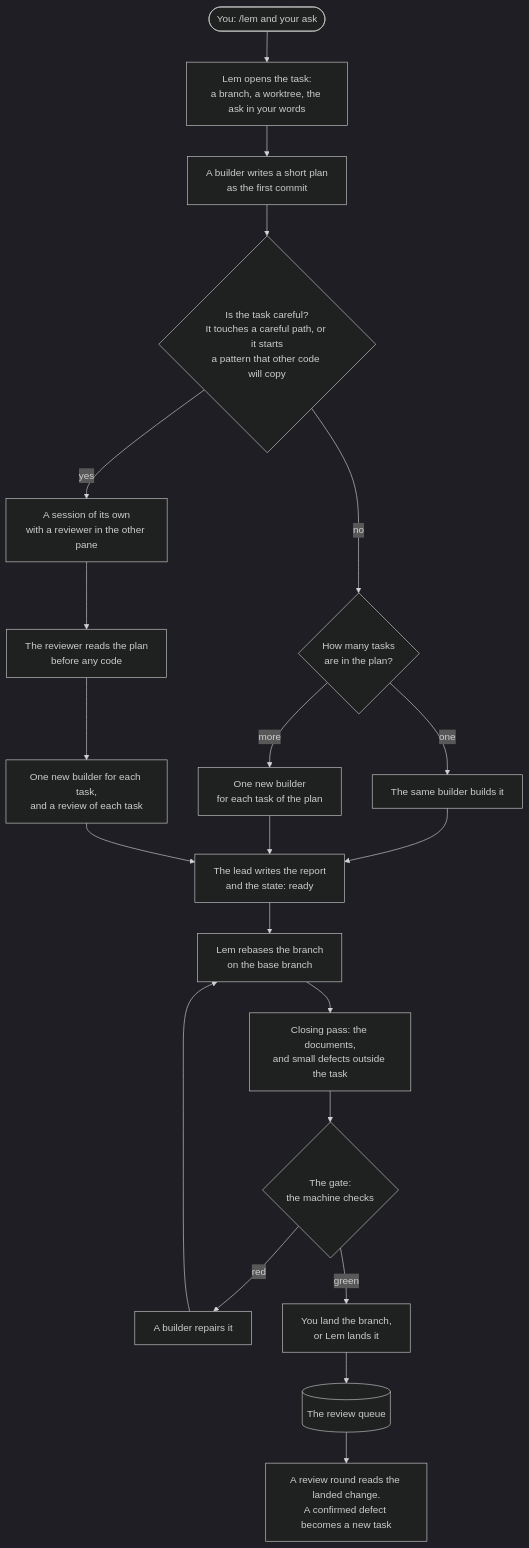
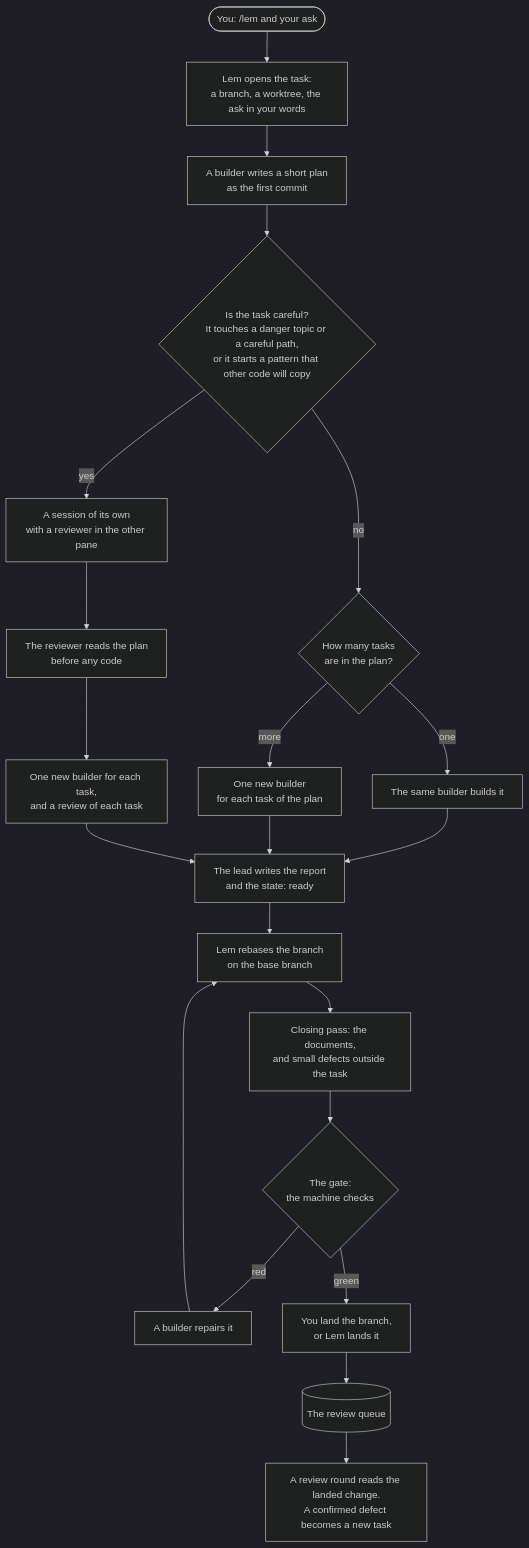
Before and after one commit to pySilver/lem: the first of 3 diagrams in README.md, drawn with Mermaid (dark theme). The commit also changed other lines of this file and 17 other files, not shown here.

First line of the commit message:
feat(lem): danger topics beside careful paths, commands the owner can read, and a hand-over page with the board's look

````diff
--- a/README.md
+++ b/README.md
@@ -89,22 +89,22 @@
 ```mermaid
 flowchart TD
     ask([You: /lem and your ask]) --> open[Lem opens the task:<br/>a branch, a worktree, the ask in your words]
     open --> plan[A builder writes a short plan<br/>as the first commit]
-    plan --> careful{Is the task careful?<br/>It touches a careful path, or it starts<br/>a pattern that other code will copy}
+    plan --> careful{Is the task careful?<br/>It touches a danger topic or a careful path,<br/>or it starts a pattern that other code will copy}
     careful -- no --> count{How many tasks<br/>are in the plan?}
     count -- one --> same[The same builder builds it]
     count -- more --> build[One new builder<br/>for each task of the plan]
     careful -- yes --> session[A session of its own<br/>with a reviewer in the other pane]
     session --> opinion[The reviewer reads the plan<br/>before any code]
     opinion --> buildc[One new builder for each task,<br/>and a review of each task]
     same --> report[The lead writes the report<br/>and the state: ready]
     build --> report
     buildc --> report
     report --> base[Lem rebases the branch<br/>on the base branch]
     base --> closing[Closing pass: the documents,<br/>and small defects outside the task]
     closing --> gate{The gate:<br/>the machine checks}
     gate -- red --> repair[A builder repairs it] --> base
     gate -- green --> land[You land the branch,<br/>or Lem lands it]
     land --> queue[(The review queue)]
     queue --> review[A review round reads the landed change.<br/>A confirmed defect becomes a new task]
 ```
````
